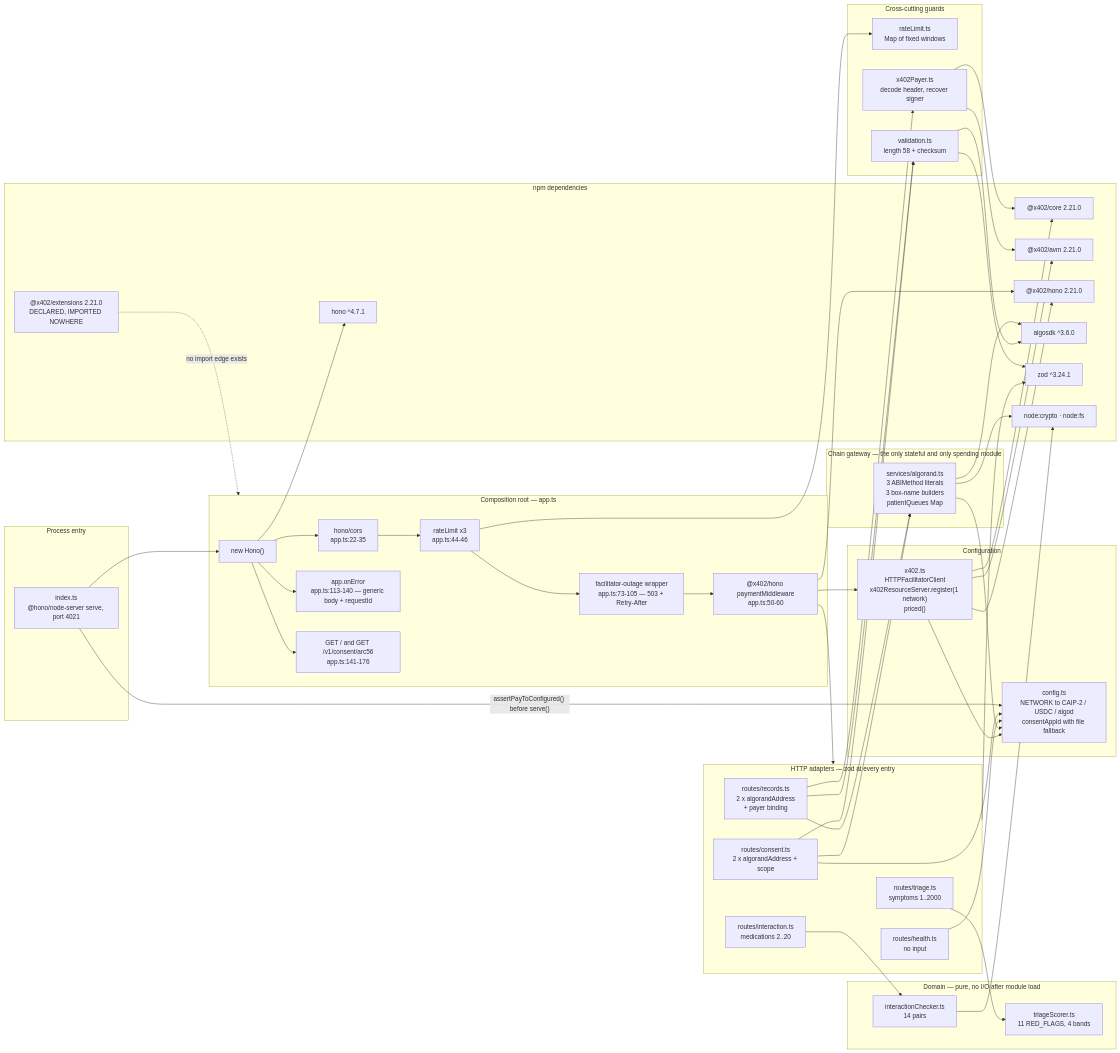
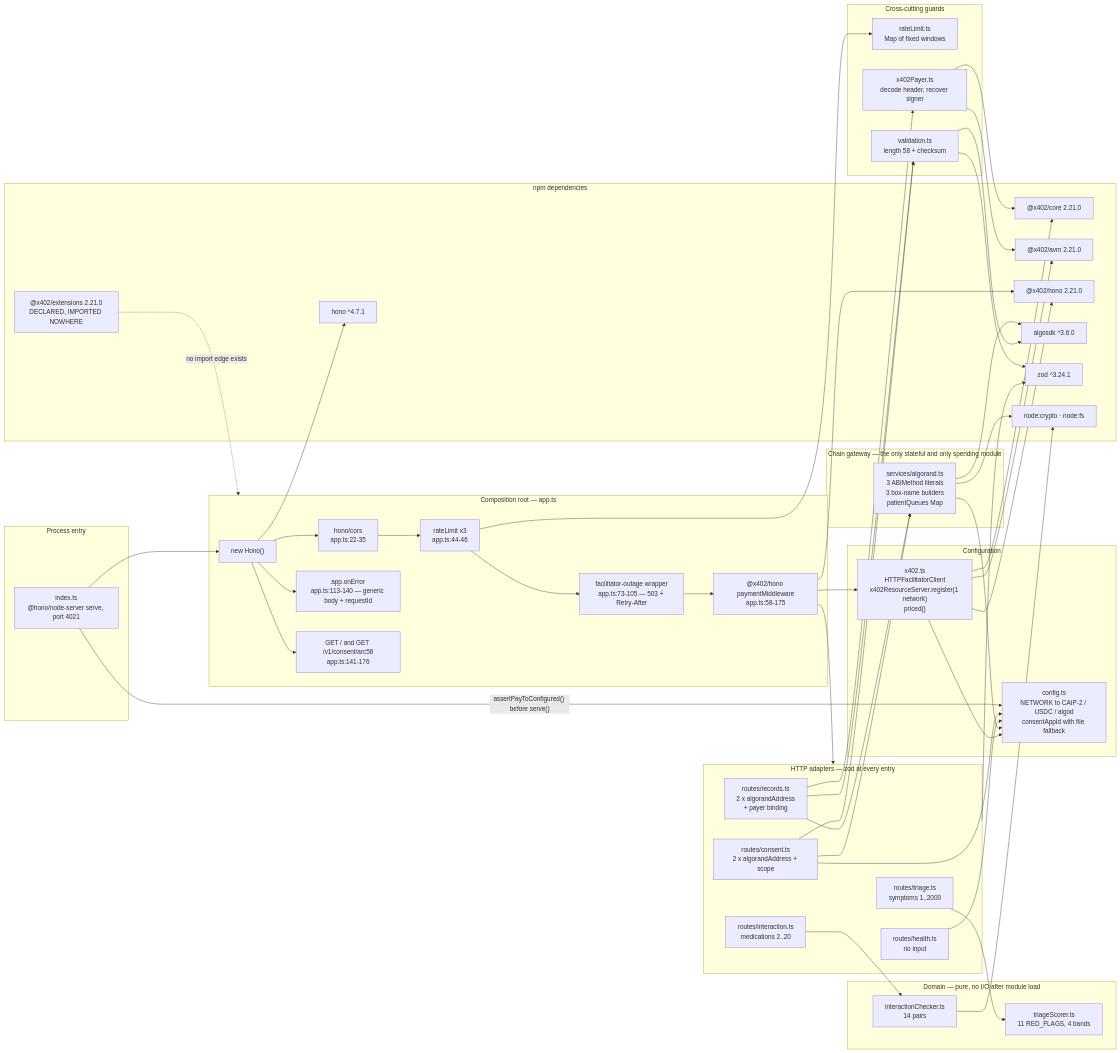
The second of 4 diagrams in docs/03_Architecture/Component_Diagram.md (Hydra-Of-Malice/Medrail), drawn with Mermaid before and after one commit. The commit also changed other lines of this file and 55 other files, not shown here.

```diff
--- a/docs/03_Architecture/Component_Diagram.md
+++ b/docs/03_Architecture/Component_Diagram.md
@@ -117,7 +117,7 @@
         HONO["new Hono()"]
         MW1["hono/cors<br/>app.ts:22-35"]
         MW0["rateLimit x3<br/>app.ts:44-46"]
-        MW2["@x402/hono paymentMiddleware<br/>app.ts:50-60"]
+        MW2["@x402/hono paymentMiddleware<br/>app.ts:58-175"]
         MW3["facilitator-outage wrapper<br/>app.ts:73-105 — 503 + Retry-After"]
         ERR["app.onError<br/>app.ts:113-140 — generic body + requestId"]
         SRV["GET / and GET /v1/consent/arc56<br/>app.ts:141-176"]
```
